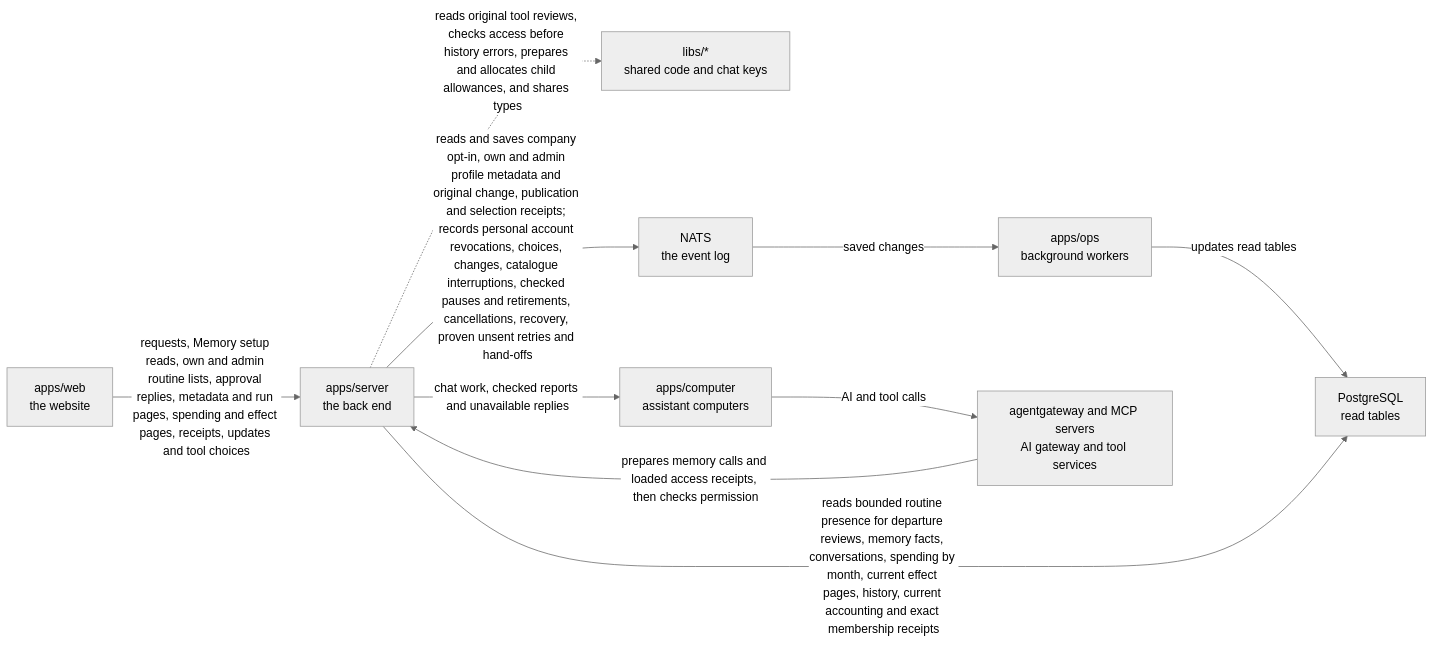
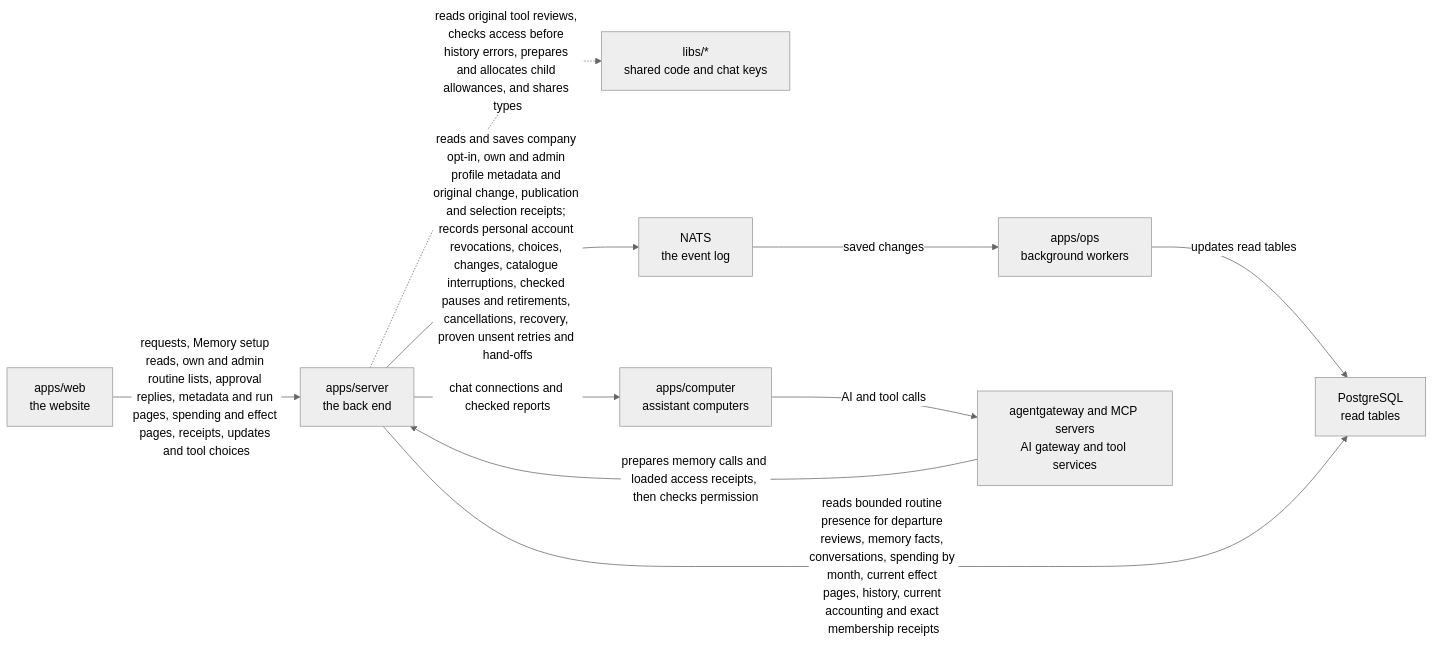
One commit to elewa-git/opencrane-new changed the diagram in apps/server/README.md. Above: the diagram before and after it, drawn with Mermaid (neutral theme). The commit also changed other lines of this file and 14 other files, not shown here.

````diff
--- a/apps/server/README.md
+++ b/apps/server/README.md
@@ -82,12 +82,12 @@
 ```mermaid
 flowchart LR
   web["apps/web<br/>the website"] -->|requests, Memory setup reads, own and admin routine lists, approval replies, metadata and run pages, spending and effect pages, receipts, updates and tool choices| server["apps/server<br/>the back end"]
   server -.->|reads original tool reviews, checks access before history errors, prepares and allocates child allowances, and shares types| libs["libs/*<br/>shared code and chat keys"]
   server -->|reads and saves company opt-in, own and admin profile metadata and original change, publication and selection receipts; records personal account revocations, choices, changes, catalogue interruptions, checked pauses and retirements, cancellations, recovery, proven unsent retries and hand-offs| nats["NATS<br/>the event log"]
   nats -->|saved changes| ops["apps/ops<br/>background workers"]
   ops -->|updates read tables| postgres["PostgreSQL<br/>read tables"]
   server -->|reads bounded routine presence for departure reviews, memory facts, conversations, spending by month, current effect pages, history, current accounting and exact membership receipts| postgres
-  server -->|chat work, checked reports and unavailable replies| computer["apps/computer<br/>assistant computers"]
+  server -->|chat connections and checked reports| computer["apps/computer<br/>assistant computers"]
   computer -->|AI and tool calls| runtime["agentgateway and MCP servers<br/>AI gateway and tool services"]
   runtime -->|prepares memory calls and loaded access receipts, then checks permission| server
 ```
````
